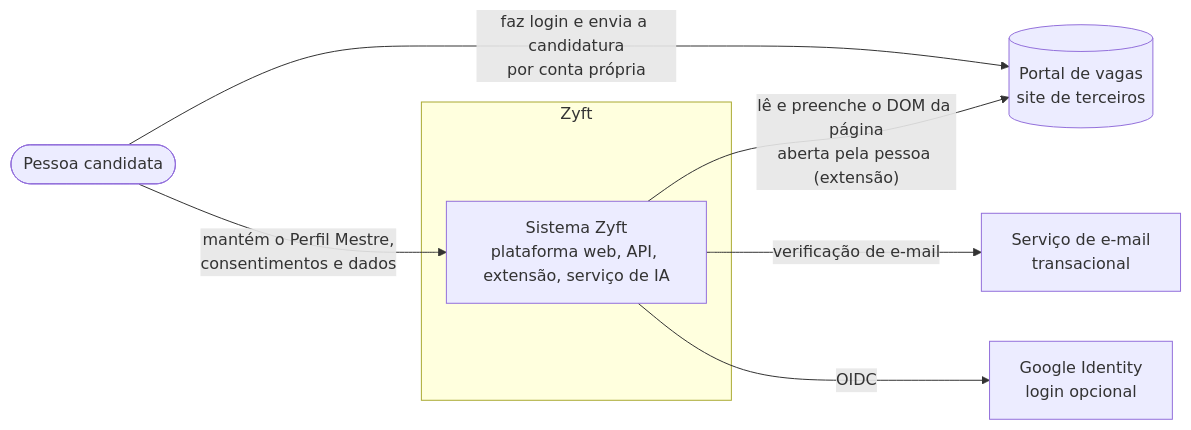
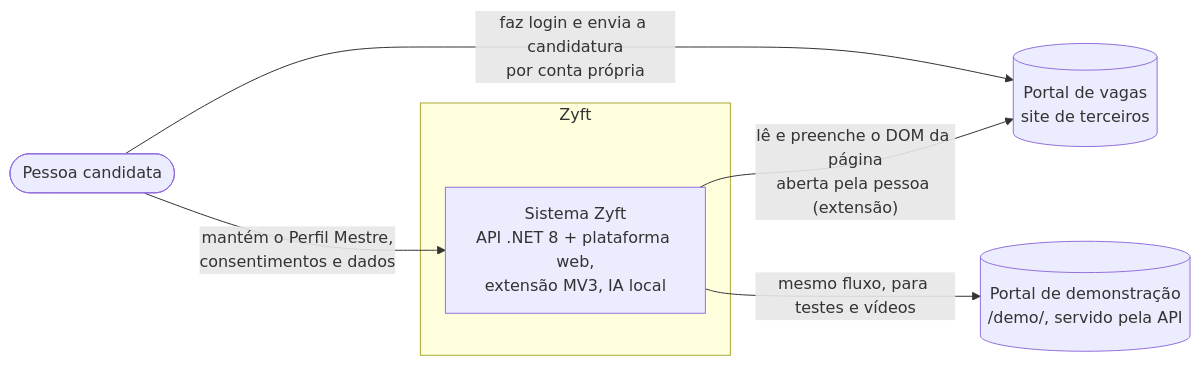
One commit to Ranchoneetoo26/ZIFY changed the first of 9 diagrams in docs/03-arquitetura/dat.md. Above: the diagram before and after it, drawn with Mermaid. The commit also changed other lines of this file and 21 other files, not shown here.

Commit message:
docs: arquitetura, testes, operação, vídeos e guias de estudo da v2

````diff
--- a/docs/03-arquitetura/dat.md
+++ b/docs/03-arquitetura/dat.md
@@ -95,16 +115,14 @@
 ```mermaid
 flowchart LR
   P([Pessoa candidata])
   subgraph Zyft
-    Z[Sistema Zyft<br/>plataforma web, API, extensão, serviço de IA]
+    Z[Sistema Zyft<br/>API .NET 8 + plataforma web,<br/>extensão MV3, IA local]
   end
   Portal[(Portal de vagas<br/>site de terceiros)]
-  Email[Serviço de e-mail<br/>transacional]
-  Google[Google Identity<br/>login opcional]
+  Demo[(Portal de demonstração<br/>/demo/, servido pela API)]
 
   P -- "mantém o Perfil Mestre,<br/>consentimentos e dados" --> Z
   P -- "faz login e envia a candidatura<br/>por conta própria" --> Portal
   Z -- "lê e preenche o DOM da página<br/>aberta pela pessoa (extensão)" --> Portal
-  Z -- "verificação de e-mail" --> Email
-  Z -- "OIDC" --> Google
+  Z -- "mesmo fluxo, para testes e vídeos" --> Demo
 ```
````
